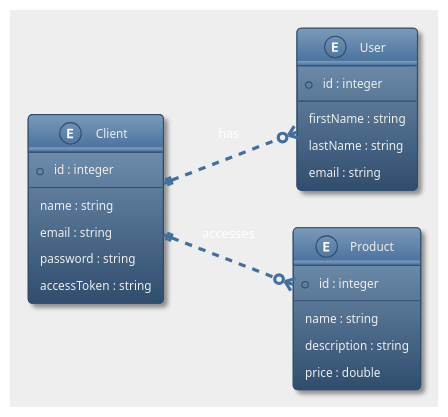
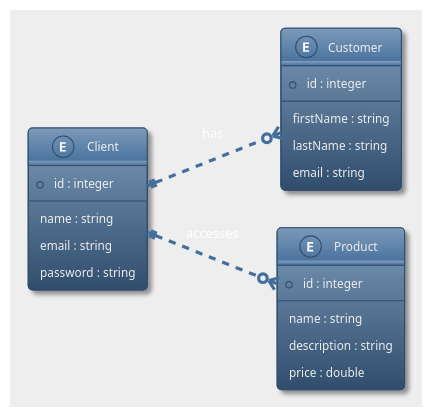
The diagram in .diagrams/MLD.puml (tomcdj71-openclassrooms/BileMo), drawn with PlantUML before and after one commit. The commit also changed 3 other files, not shown here.

Commit message:
docs: accessToken should not be in the database

```diff
--- a/.diagrams/MLD.puml
+++ b/.diagrams/MLD.puml
@@ -1,37 +1,36 @@
 @startuml
 left to right direction
 skinparam actorStyle Awesome
 skinparam ArrowThickness 1
 !theme spacelab
 skinparam backgroundColor #EEEEEE
 skinparam shadowing true
 
 entity "Client" as client {
   +id : integer
   --
   name : string
   email : string
   password : string
-  accessToken : string
 }
 
-entity "User" as user {
+entity "Customer" as customer {
   +id : integer
   --
   firstName : string
   lastName : string
   email : string
 }
 
 entity "Product" as product {
   +id : integer
   --
   name : string
   description : string
   price : double
 }
 
-client ||..o{ user : has
+client ||..o{ customer : has
 client ||..o{ product : accesses
 
 @enduml
```
